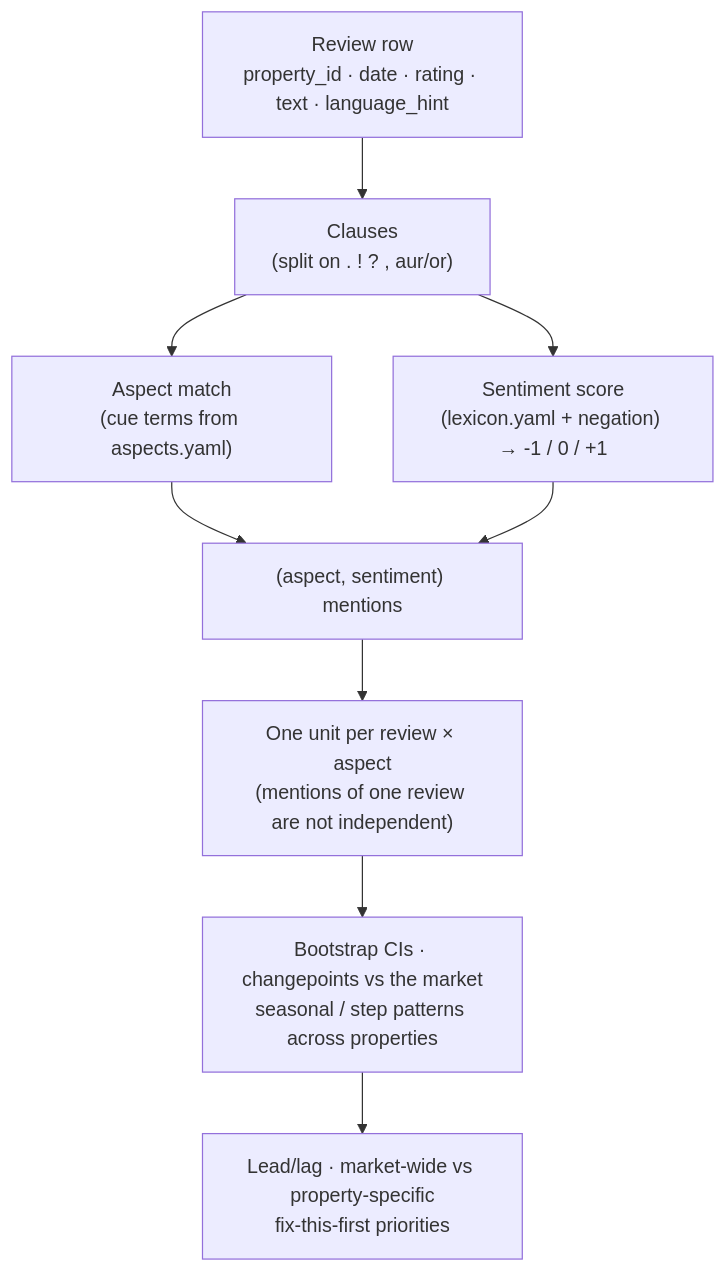
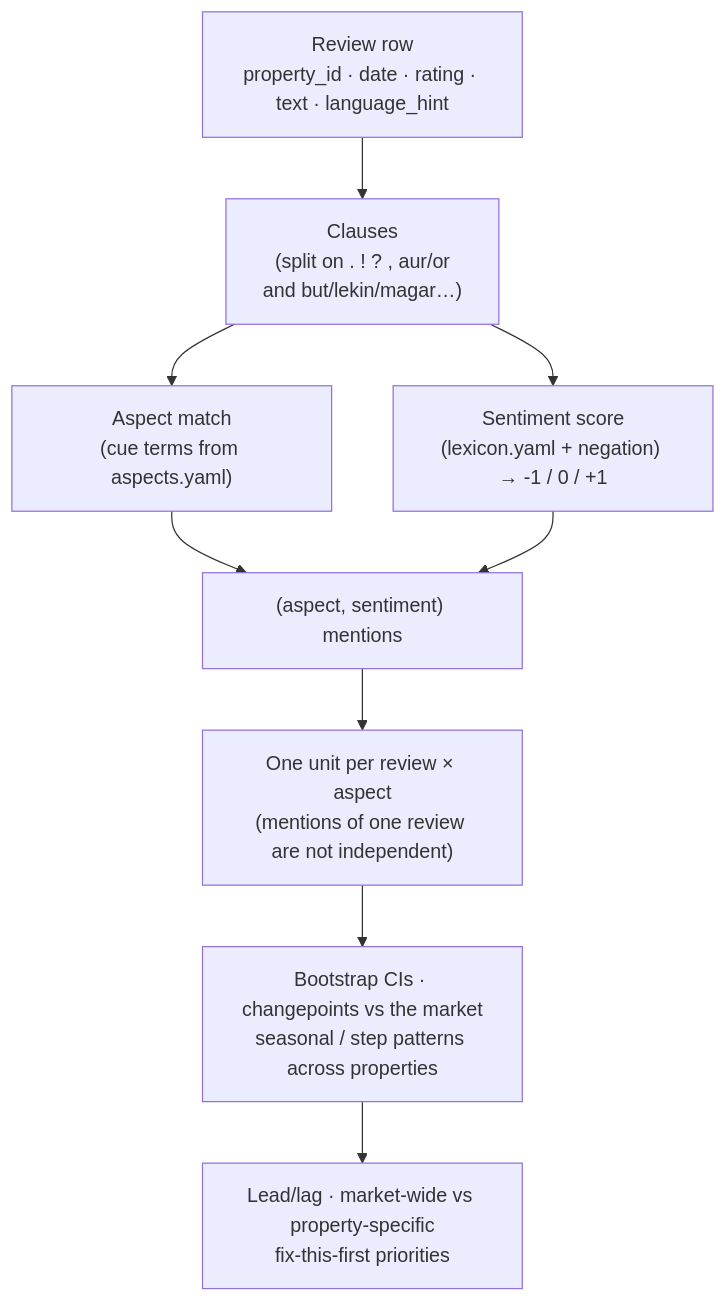
One commit to AnubhavKiroula/cluster-review-intelligence changed the second of 3 diagrams in README.md. Above: the diagram before and after it, drawn with Mermaid. The commit also changed other lines of this file and 5 other files, not shown here.

````diff
--- a/README.md
+++ b/README.md
@@ -87,11 +88,11 @@
 ```mermaid
 flowchart TD
-    A["Review row<br/>property_id · date · rating · text · language_hint"] --> B["Clauses<br/>(split on . ! ? , aur/or)"]
+    A["Review row<br/>property_id · date · rating · text · language_hint"] --> B["Clauses<br/>(split on . ! ? , aur/or<br/>and but/lekin/magar…)"]
     B --> C["Aspect match<br/>(cue terms from aspects.yaml)"]
     B --> D["Sentiment score<br/>(lexicon.yaml + negation) → -1 / 0 / +1"]
     C --> E["(aspect, sentiment) mentions"]
     D --> E
     E --> F["One unit per review × aspect<br/>(mentions of one review are not independent)"]
     F --> G["Bootstrap CIs · changepoints vs the market<br/>seasonal / step patterns across properties"]
     G --> H["Lead/lag · market-wide vs property-specific<br/>fix-this-first priorities"]
 ```
````
